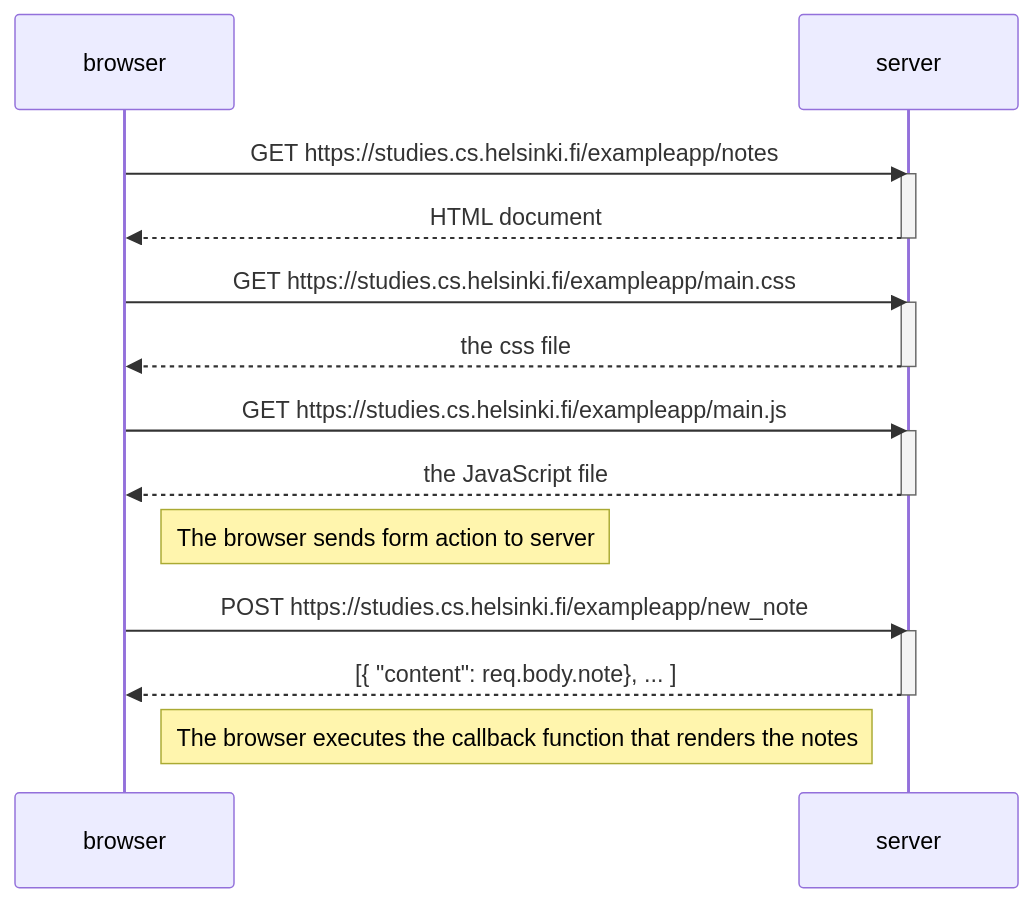
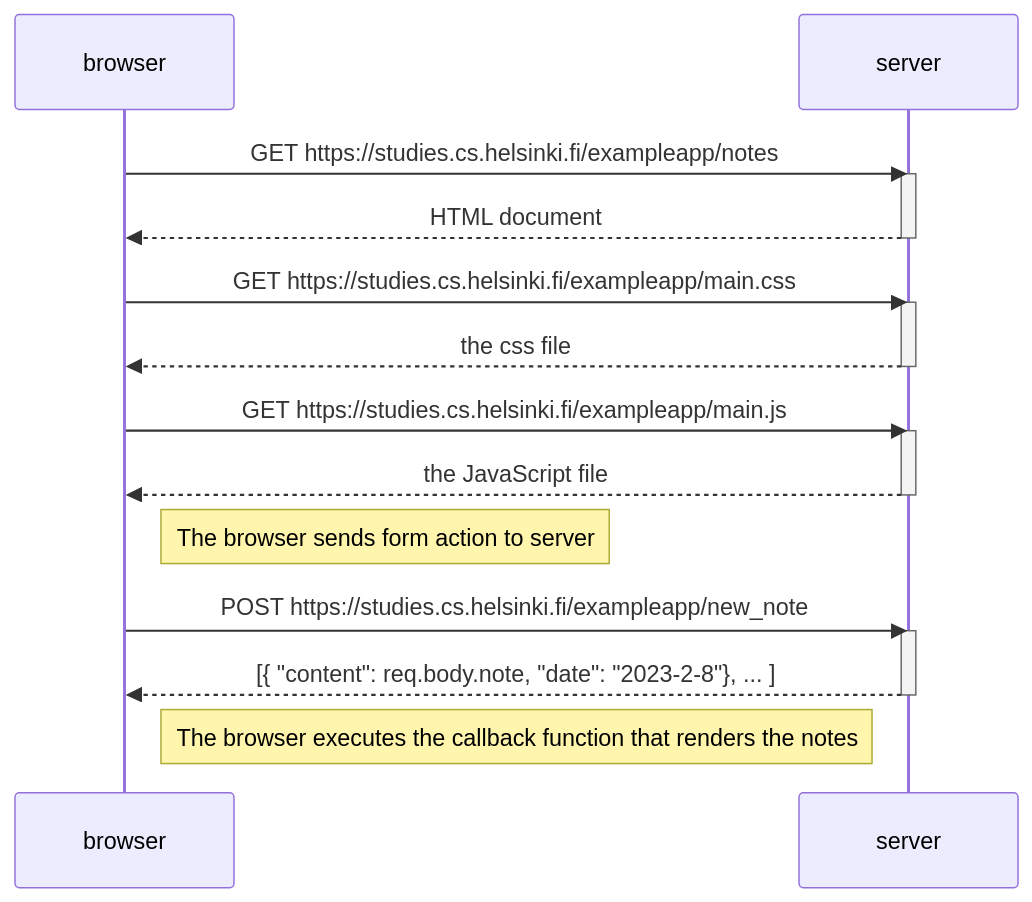
The diagram in part0/0.4.md (olgajoki/FullStackOpen), drawn with Mermaid before and after one commit.

````diff
--- a/part0/0.4.md
+++ b/part0/0.4.md
@@ -1,29 +1,29 @@
 ```mermaid
 sequenceDiagram
     participant browser
     participant server
     
     browser->>server: GET https://studies.cs.helsinki.fi/exampleapp/notes
     activate server
     server-->>browser: HTML document
     deactivate server
     
     browser->>server: GET https://studies.cs.helsinki.fi/exampleapp/main.css
     activate server
     server-->>browser: the css file
     deactivate server
     
     browser->>server: GET https://studies.cs.helsinki.fi/exampleapp/main.js
     activate server
     server-->>browser: the JavaScript file
     deactivate server
     
     Note right of browser: The browser sends form action to server
     
     browser->>server: POST https://studies.cs.helsinki.fi/exampleapp/new_note
     activate server
-    server-->>browser: [{ "content": req.body.note}, ... ]
+    server-->>browser: [{ "content": req.body.note, "date": "2023-2-8"}, ... ]
     deactivate server    
 
     Note right of browser: The browser executes the callback function that renders the notes 
 ```
````
